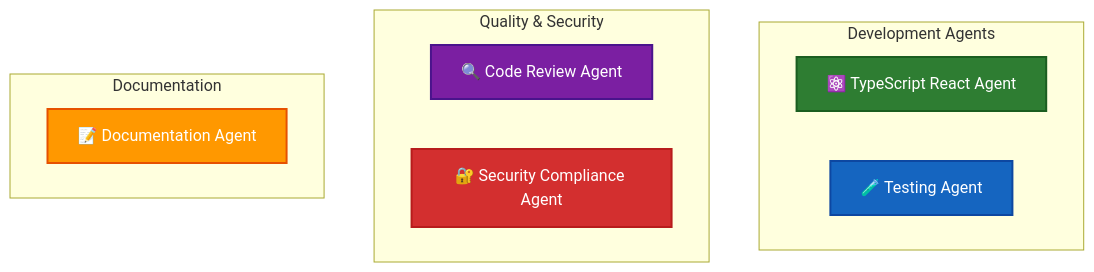
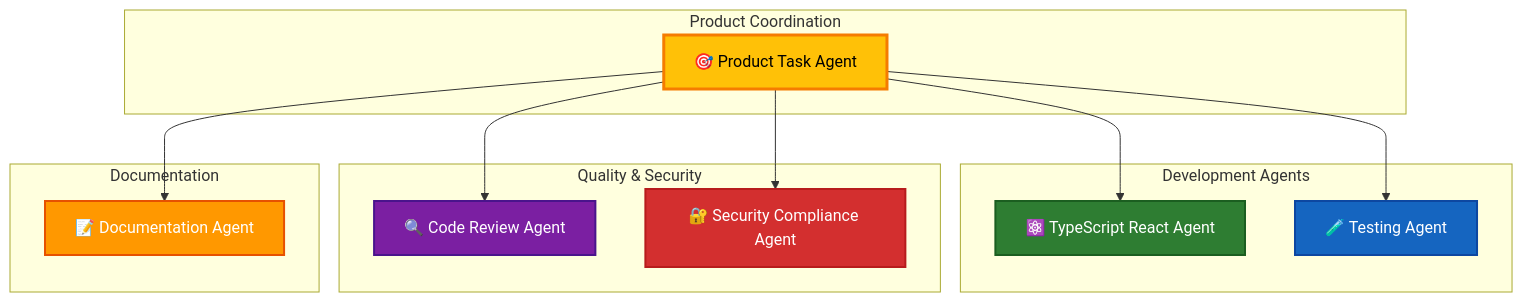
One commit to Hack23/cia-compliance-manager changed the first of 4 diagrams in .github/agents/README.md. Above: the diagram before and after it, drawn with Mermaid. The commit also changed other lines of this file and 8 other files, not shown here.

First line of the commit message:
feat: add product task agent and enhance custom agent system (#626)

````diff
--- a/.github/agents/README.md
+++ b/.github/agents/README.md
@@ -7,22 +7,33 @@
 ```mermaid
 graph TB
+    subgraph "Product Coordination"
+        TASK[🎯 Product Task Agent]:::task
+    end
+    
     subgraph "Development Agents"
         TS[⚛️ TypeScript React Agent]:::dev
         TEST[🧪 Testing Agent]:::test
     end
     
     subgraph "Quality & Security"
         CR[🔍 Code Review Agent]:::review
         SEC[🔐 Security Compliance Agent]:::security
     end
     
     subgraph "Documentation"
         DOC[📝 Documentation Agent]:::docs
     end
     
+    TASK --> TS
+    TASK --> TEST
+    TASK --> CR
+    TASK --> SEC
+    TASK --> DOC
+    
+    classDef task fill:#FFC107,stroke:#F57C00,stroke-width:3px,color:#000
     classDef dev fill:#2E7D32,stroke:#1B5E20,stroke-width:2px,color:#fff
     classDef test fill:#1565C0,stroke:#0D47A1,stroke-width:2px,color:#fff
     classDef review fill:#7B1FA2,stroke:#4A148C,stroke-width:2px,color:#fff
     classDef security fill:#D32F2F,stroke:#B71C1C,stroke-width:2px,color:#fff
     classDef docs fill:#FF9800,stroke:#E65100,stroke-width:2px,color:#fff
 ```
````
